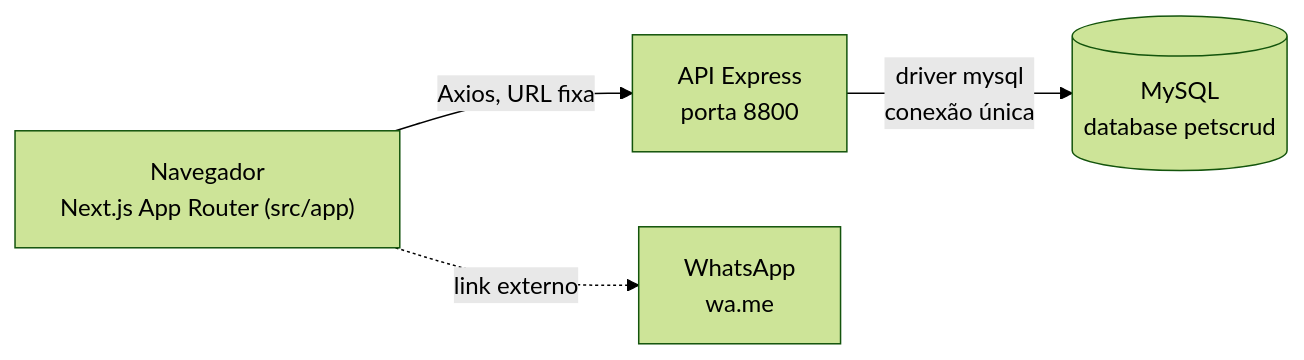
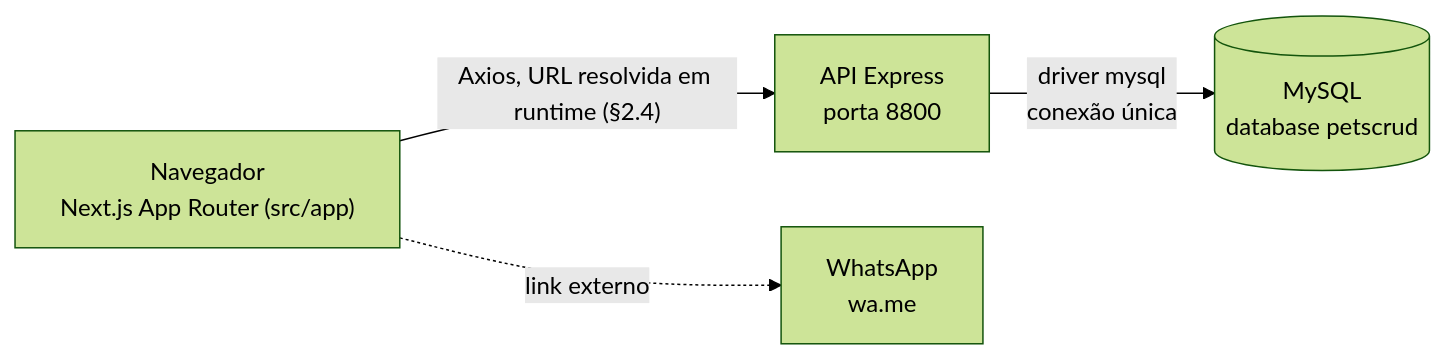
The first of 2 diagrams in docs/ARQUITETURA.md (svitordev/PetShop), drawn with Mermaid (forest theme) before and after one commit. The commit also changed other lines of this file and 23 other files, not shown here.

Commit message:
feat: finalize runtime API configuration and dark UI

````diff
--- a/docs/ARQUITETURA.md
+++ b/docs/ARQUITETURA.md
@@ -7,6 +7,6 @@
 ```mermaid
 flowchart LR
-    B["Navegador<br/>Next.js App Router (src/app)"] -->|Axios, URL fixa| A["API Express<br/>porta 8800"]
+    B["Navegador<br/>Next.js App Router (src/app)"] -->|"Axios, URL resolvida em runtime (§2.4)"| A["API Express<br/>porta 8800"]
     A -->|driver mysql<br/>conexão única| D[("MySQL<br/>database petscrud")]
     B -.->|link externo| W["WhatsApp<br/>wa.me"]
 ```
````
